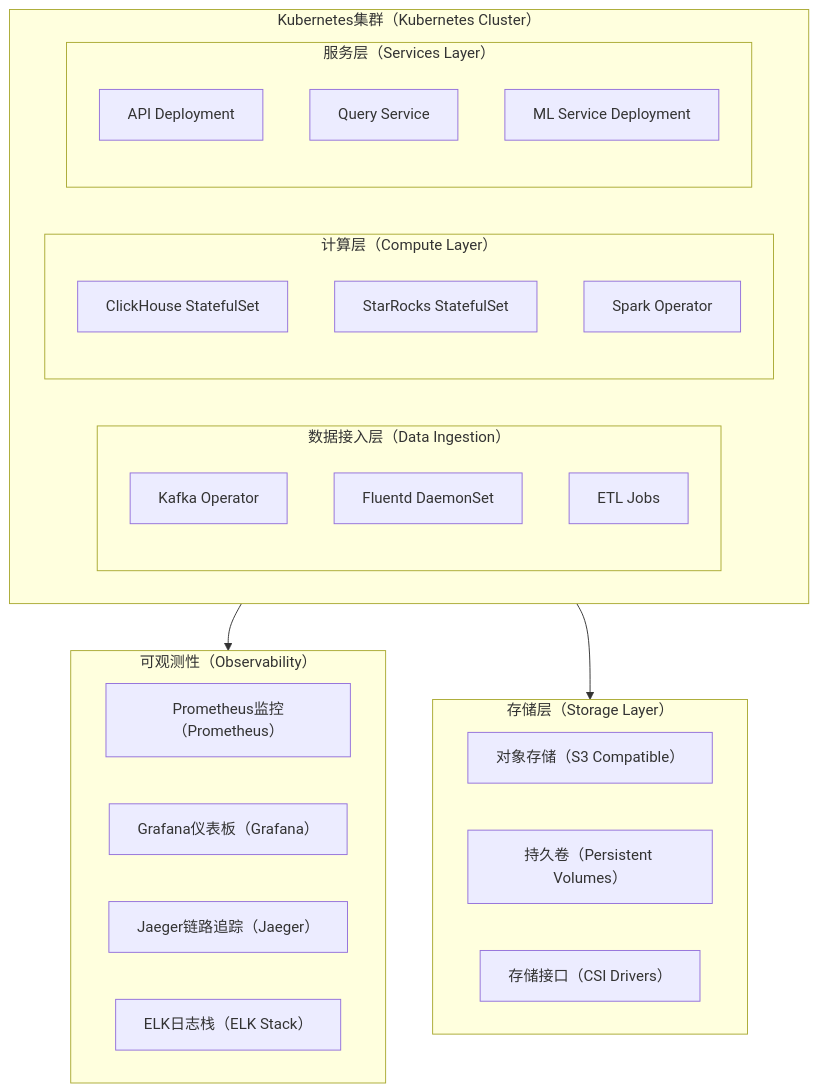
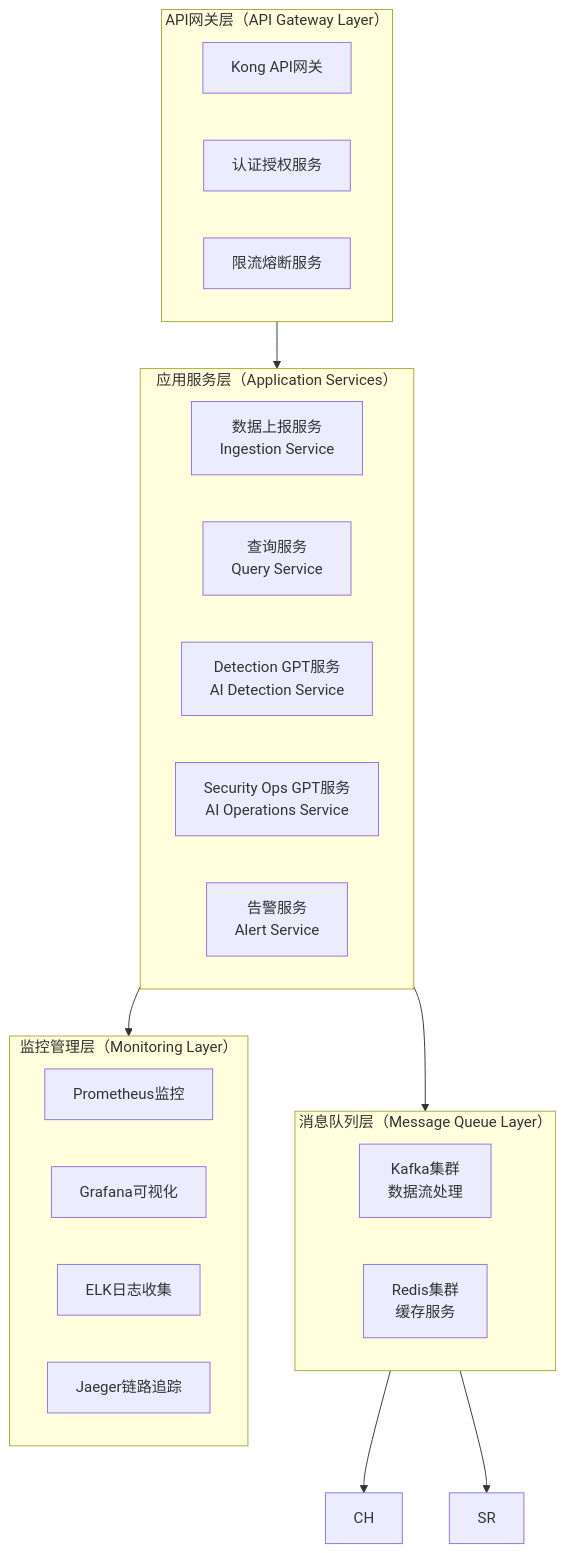
One commit to turtacn/PersonalAI changed diagram 11 of 15 in examples/design/shared-datalake4-securities.md. Above: the diagram before and after it, drawn with Mermaid. The commit also changed other lines of this file and 1 other file, not shown here.

Commit message:
多安全产品共享数据湖 ER 模式设计需求表

````diff
--- a/examples/design/shared-datalake4-securities.md
+++ b/examples/design/shared-datalake4-securities.md
@@ -1819,38 +1627,38 @@
 ```mermaid
-graph TB
-    subgraph K8S[Kubernetes集群（Kubernetes Cluster）]
-        subgraph INGESTION[数据接入层（Data Ingestion）]
-            KAFKA_OP[Kafka Operator]
-            FLUENTD_DS[Fluentd DaemonSet]
-            ETL_JOBS[ETL Jobs]
-        end
-        
-        subgraph COMPUTE[计算层（Compute Layer）]
-            CH_CLUSTER[ClickHouse StatefulSet]
-            SR_CLUSTER[StarRocks StatefulSet]
-            SPARK_OP[Spark Operator]
-        end
-        
-        subgraph SERVICES[服务层（Services Layer）]
-            API_DEPLOY[API Deployment]
-            QUERY_SVC[Query Service]
-            ML_DEPLOY[ML Service Deployment]
-        end
+graph TD
+    %% 网关层
+    subgraph GW[API网关层（API Gateway Layer）]
+        E1[Kong API网关]
+        E2[认证授权服务]
+        E3[限流熔断服务]
     end
 
-    subgraph OBSERVABILITY[可观测性（Observability）]
-        PROMETHEUS[Prometheus监控（Prometheus）]
-        GRAFANA[Grafana仪表板（Grafana）]
-        JAEGER[Jaeger链路追踪（Jaeger）]
-        ELK[ELK日志栈（ELK Stack）]
+    %% 应用服务层
+    subgraph AS[应用服务层（Application Services）]
+        F1[数据上报服务<br/>Ingestion Service]
+        F2[查询服务<br/>Query Service]
+        F3[Detection GPT服务<br/>AI Detection Service]
+        F4[Security Ops GPT服务<br/>AI Operations Service]
+        F5[告警服务<br/>Alert Service]
     end
 
-    subgraph STORAGE[存储层（Storage Layer）]
-        S3[对象存储（S3 Compatible）]
-        PVC[持久卷（Persistent Volumes）]
-        CSI[存储接口（CSI Drivers）]
+    %% 消息队列层
+    subgraph MQ[消息队列层（Message Queue Layer）]
+        G1[Kafka集群<br/>数据流处理]
+        G2[Redis集群<br/>缓存服务]
     end
 
-    K8S --> OBSERVABILITY
-    K8S --> STORAGE
+    %% 监控管理层
+    subgraph MON[监控管理层（Monitoring Layer）]
+        H1[Prometheus监控]
+        H2[Grafana可视化]
+        H3[ELK日志收集]
+        H4[Jaeger链路追踪]
+    end
+
+    GW --> AS
+    AS --> MQ
+    AS --> MON
+    MQ --> CH
+    MQ --> SR
 ```
````
